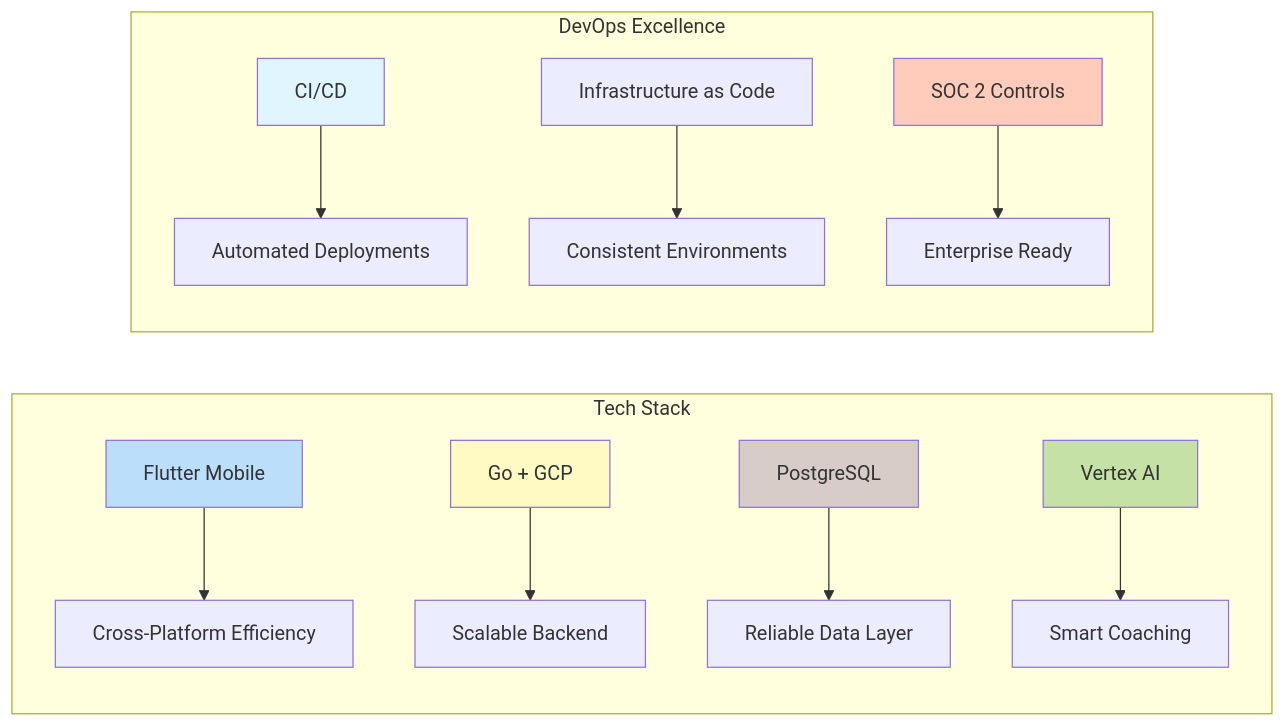
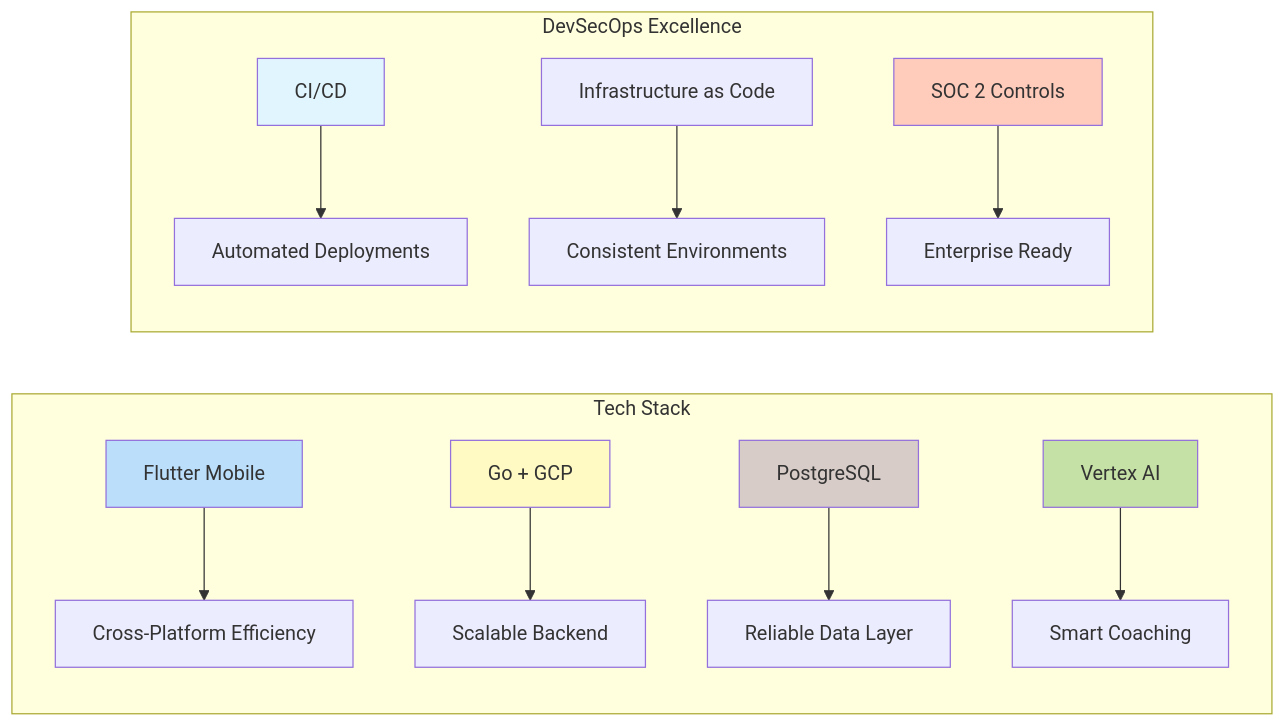
One commit to keolo/keolo-com changed the second of 4 diagrams in content/projects/joyo.md. Above: the diagram before and after it, drawn with Mermaid. The commit also changed other lines of this file, not shown here.

````diff
--- a/content/projects/joyo.md
+++ b/content/projects/joyo.md
@@ -238,22 +238,22 @@
 ```mermaid
 graph LR
     subgraph "Tech Stack"
         A[Flutter Mobile] --> B[Cross-Platform Efficiency]
         C[Go + GCP] --> D[Scalable Backend]
         E[PostgreSQL] --> F[Reliable Data Layer]
         G[Vertex AI] --> H[Smart Coaching]
     end
 
-    subgraph "DevOps Excellence"
+    subgraph "DevSecOps Excellence"
         I[CI/CD] --> J[Automated Deployments]
         K[Infrastructure as Code] --> L[Consistent Environments]
         M[SOC 2 Controls] --> N[Enterprise Ready]
     end
 
     style A fill:#bbdefb
     style C fill:#fff9c4
     style E fill:#d7ccc8
     style G fill:#c5e1a5
     style I fill:#e1f5fe
     style M fill:#ffccbc
 ```
````
